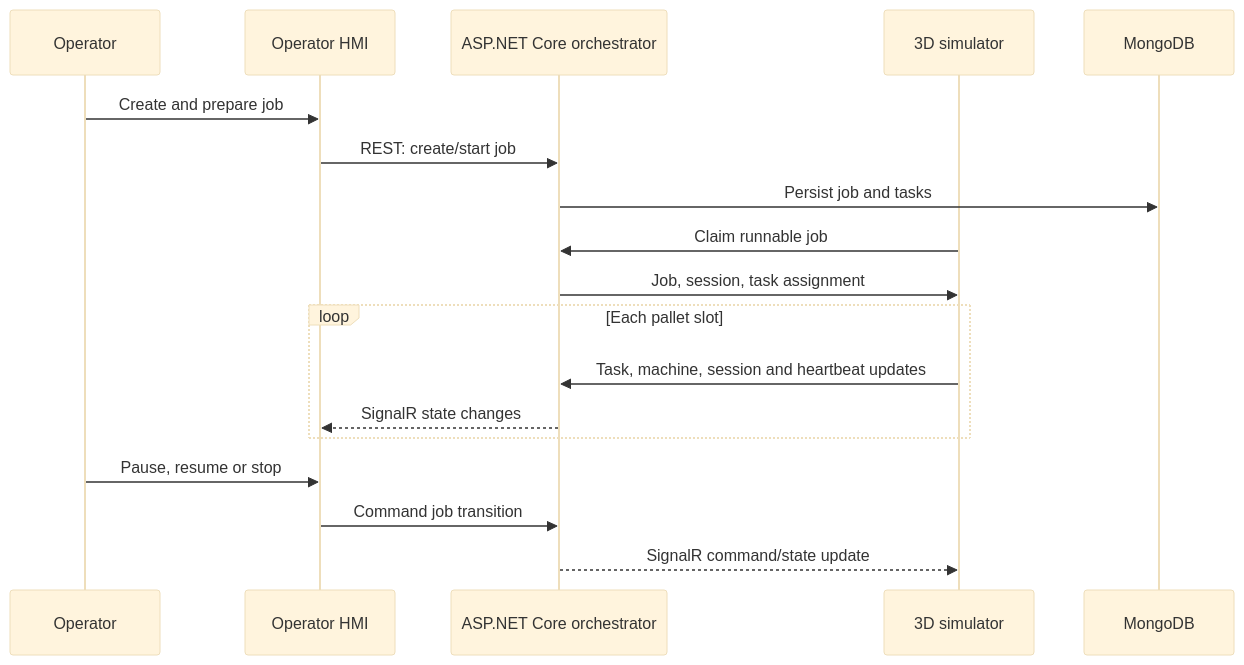
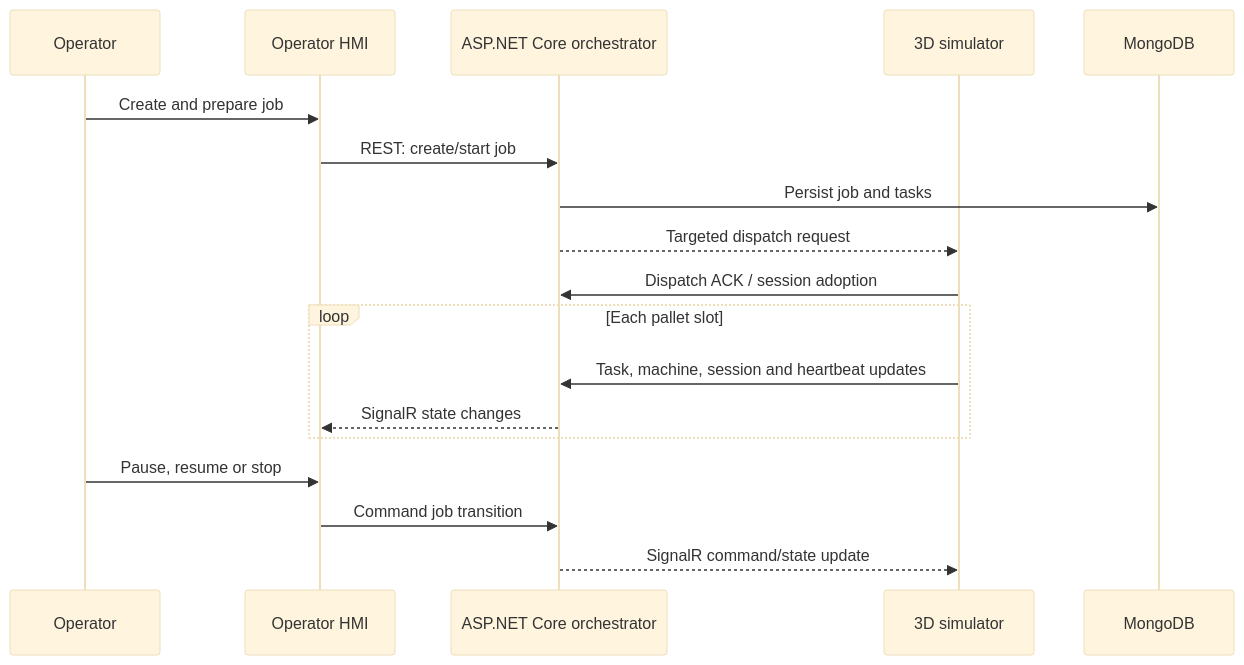
The second of 2 diagrams in README.md (VirgileDjimgou/Fabrik3DLite), drawn with Mermaid (base theme) before and after one commit. The commit also changed other lines of this file, not shown here.

````diff
--- a/README.md
+++ b/README.md
@@ -240,21 +239,21 @@
 ```mermaid
 sequenceDiagram
     participant Operator as Operator
     participant HMI as Operator HMI
     participant API as ASP.NET Core orchestrator
     participant Simulator as 3D simulator
     participant Mongo as MongoDB
 
     Operator->>HMI: Create and prepare job
     HMI->>API: REST: create/start job
     API->>Mongo: Persist job and tasks
-    Simulator->>API: Claim runnable job
-    API->>Simulator: Job, session, task assignment
+    API-->>Simulator: Targeted dispatch request
+    Simulator->>API: Dispatch ACK / session adoption
     loop Each pallet slot
         Simulator->>API: Task, machine, session and heartbeat updates
         API-->>HMI: SignalR state changes
     end
     Operator->>HMI: Pause, resume or stop
     HMI->>API: Command job transition
     API-->>Simulator: SignalR command/state update
 ```
````
